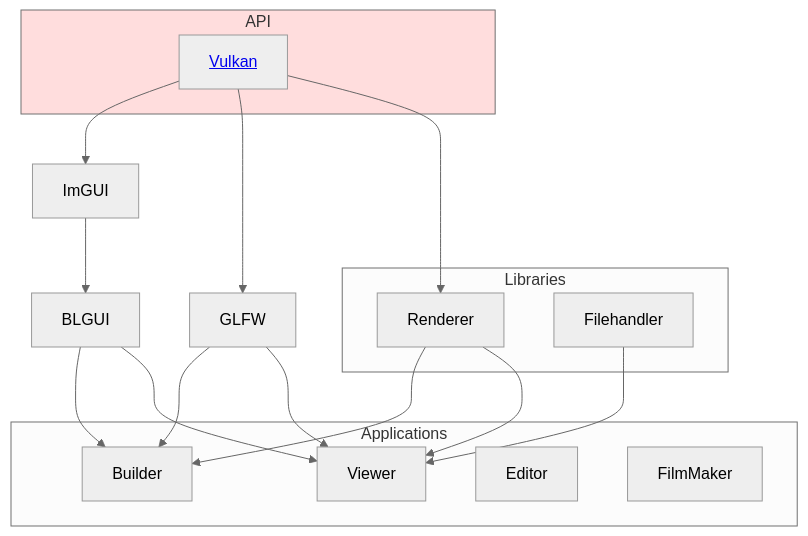
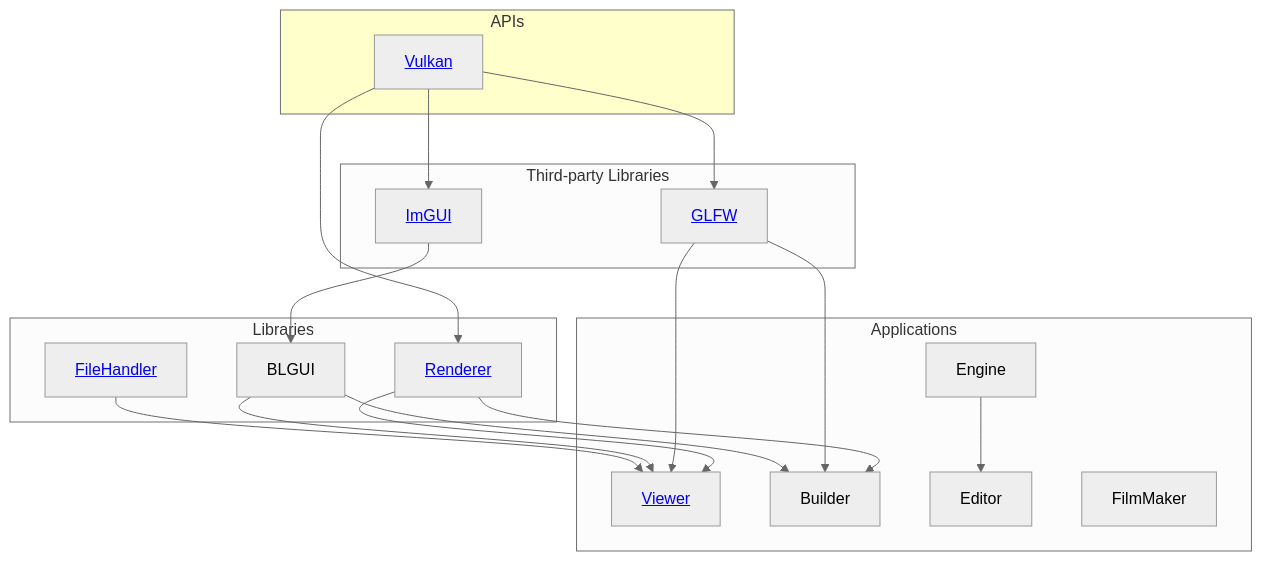
The diagram in profile/README.md (Brick-Labs/.github), drawn with Mermaid (neutral theme) before and after one commit.

Commit message:
Finish links

````diff
--- a/profile/README.md
+++ b/profile/README.md
@@ -4,40 +4,50 @@
 ```mermaid
 graph TD
     
-    subgraph API
-        style API fill:#fdd
+    subgraph APIs
+        style APIs fill:#ffc
         Vulkan[<a href="https://vulkan.org">Vulkan</a>]
     end
 
+    subgraph Third-party Libraries
+        GLFW[<a href="https://www.glfw.org">GLFW</a>]
+        ImGUI[<a href="https://github.com/ocornut/imgui">ImGUI</a>]
+    end
+
     subgraph Libraries
-        Renderer
-        Filehandler
+        Renderer[<a href="https://github.com/Brick-Labs/Renderer">Renderer</a>]
+        FileHandler[<a href="https://github.com/Brick-Labs/FileHandler">FileHandler</a>]
+        BLGUI
     end
 
     subgraph Applications
-        Viewer
+        Viewer[<a href="https://github.com/Brick-Labs/Viewer">Viewer</a>]
         Builder
+        Engine
         Editor
         FilmMaker
     end
 
     %% APIs to Libraries
     Vulkan --> Renderer
     Vulkan --> GLFW
     Vulkan --> ImGUI
 
     %% Libraries to Libraries
     ImGUI --> BLGUI
 
     %% Librararies to Applications
     Renderer --> Viewer
     Renderer --> Builder
 
     GLFW --> Viewer
     GLFW --> Builder
 
     BLGUI --> Viewer
     BLGUI --> Builder
 
-    Filehandler --> Viewer
+    FileHandler --> Viewer
+
+    %% Applications to Applications
+    Engine --> Editor
 ```
````
